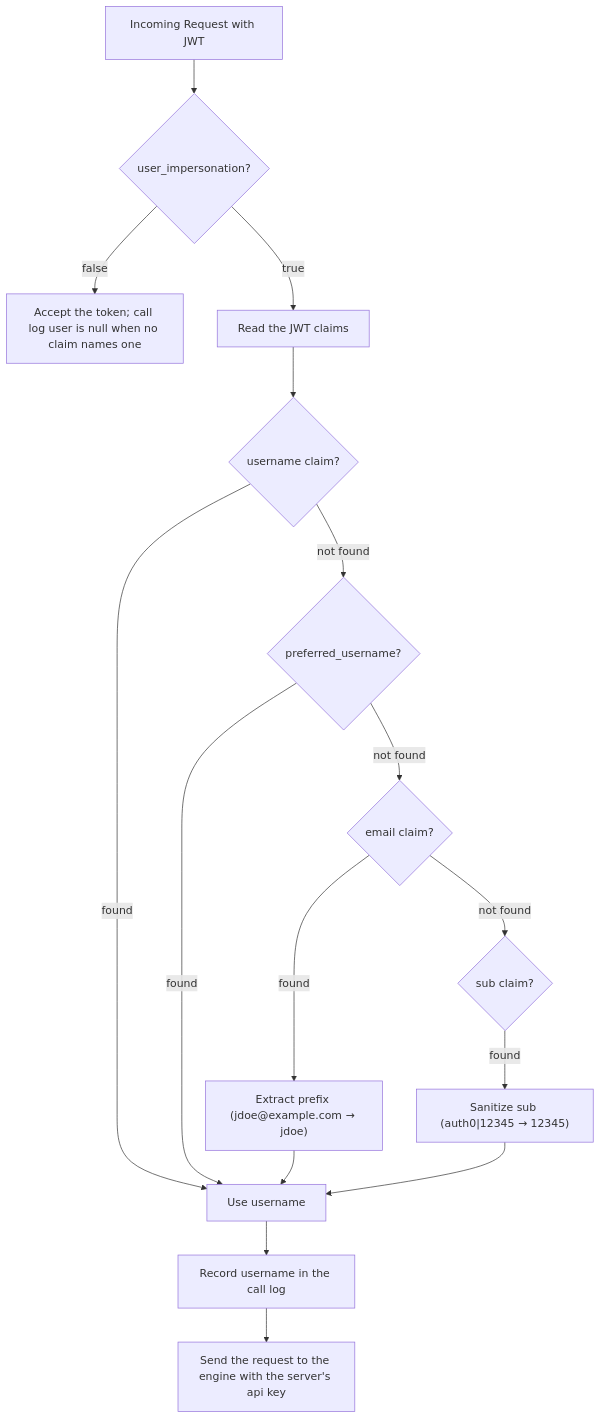
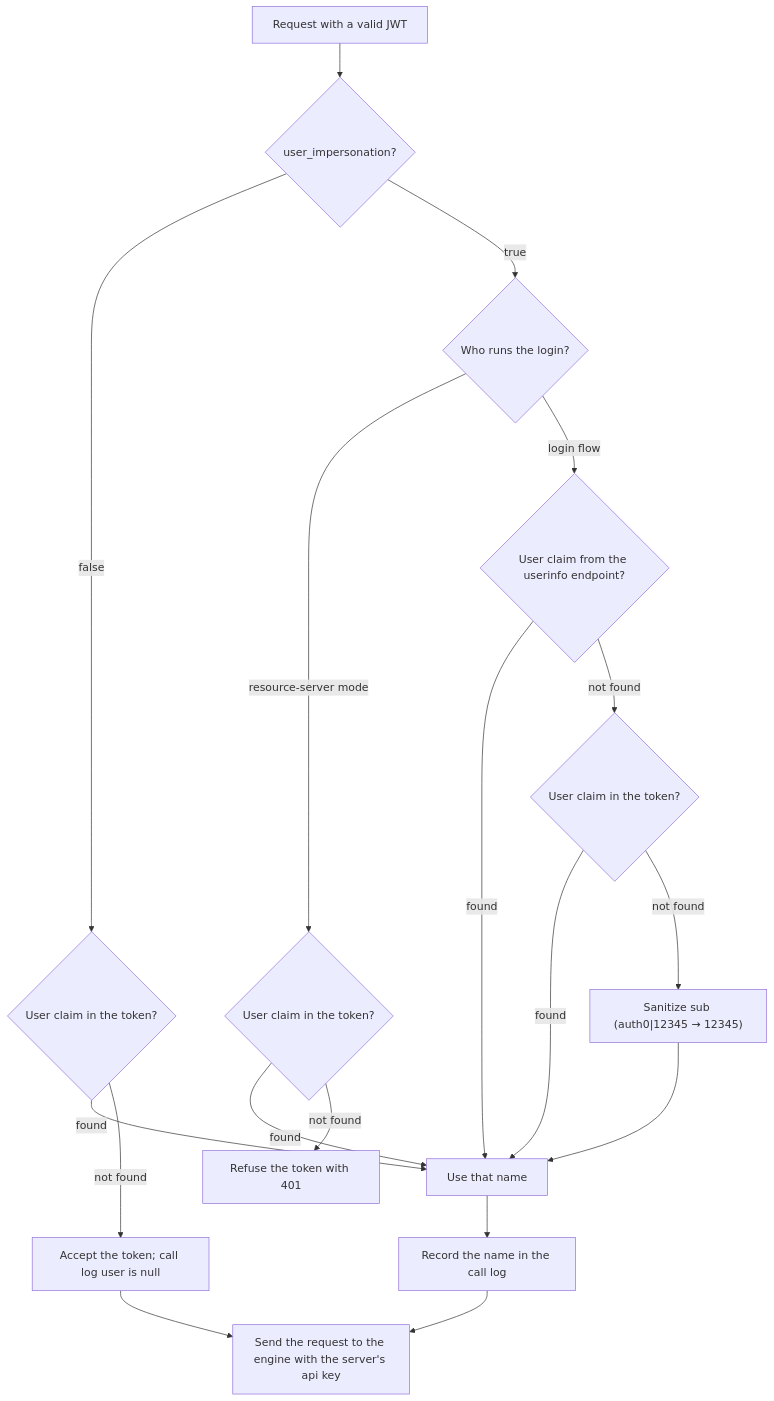
The second of 2 diagrams in docs/vectorai-db/authentication/index.md (ActianCorp/mcp-server-docs), drawn with Mermaid before and after one commit. The commit also changed other lines of this file and 3 other files, not shown here.

First line of the commit message:
Describe user_impersonation per auth mode on the VectorAI pages

````diff
--- a/docs/vectorai-db/authentication/index.md
+++ b/docs/vectorai-db/authentication/index.md
@@ -142,19 +144,21 @@
 ```mermaid
 %%{init: {'theme': 'default', 'themeVariables': {'fontSize': '16px', 'fontFamily': 'arial'}}}%%
 flowchart TD
-    A[Incoming Request with JWT] --> B{user_impersonation?}
-    B -- false --> C[Accept the token; call log user is null when no claim names one]
-    B -- true --> D[Read the JWT claims]
-    D --> E{username claim?}
-    E -- found --> K[Use username]
-    E -- not found --> F{preferred_username?}
-    F -- found --> K
-    F -- not found --> G{email claim?}
-    G -- found --> H["Extract prefix (jdoe@example.com → jdoe)"]
-    H --> K
-    G -- not found --> I{sub claim?}
-    I -- found --> J["Sanitize sub (auth0|12345 → 12345)"]
+    A[Request with a valid JWT] --> B{user_impersonation?}
+    B -- false --> C{User claim in the token?}
+    C -- found --> K[Use that name]
+    C -- not found --> N[Accept the token; call log user is null]
+    B -- true --> M{Who runs the login?}
+    M -->|resource-server mode| R{User claim in the token?}
+    R -- found --> K
+    R -- not found --> X[Refuse the token with 401]
+    M -->|login flow| U{User claim from the userinfo endpoint?}
+    U -- found --> K
+    U -- not found --> T{User claim in the token?}
+    T -- found --> K
+    T -- not found --> J["Sanitize sub (auth0|12345 → 12345)"]
     J --> K
-    K --> L["Record username in the call log"]
-    L --> M[Send the request to the engine with the server's api key]
+    K --> L[Record the name in the call log]
+    L --> E[Send the request to the engine with the server's api key]
+    N --> E
 ```
````
